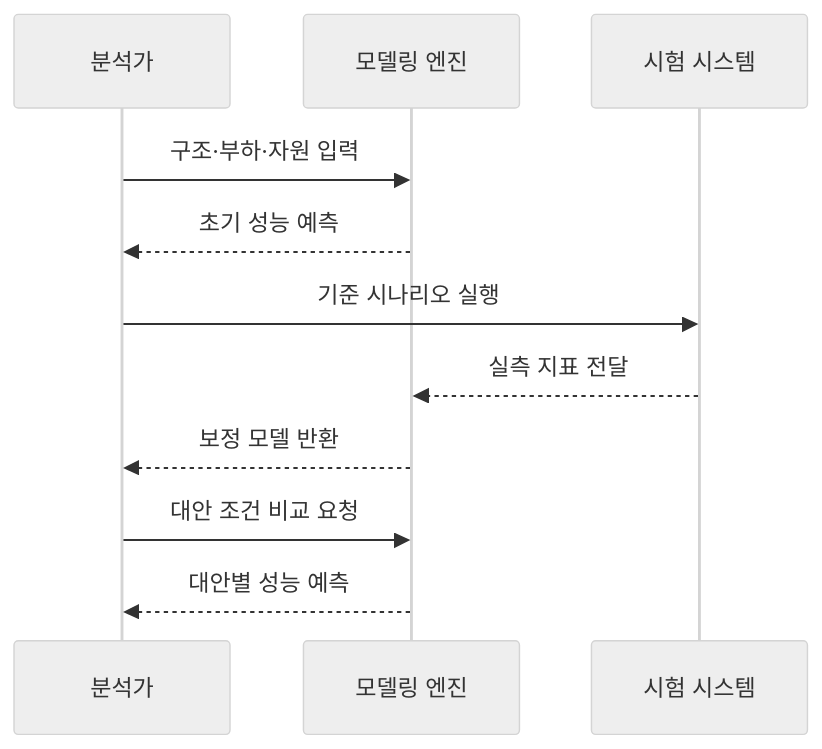
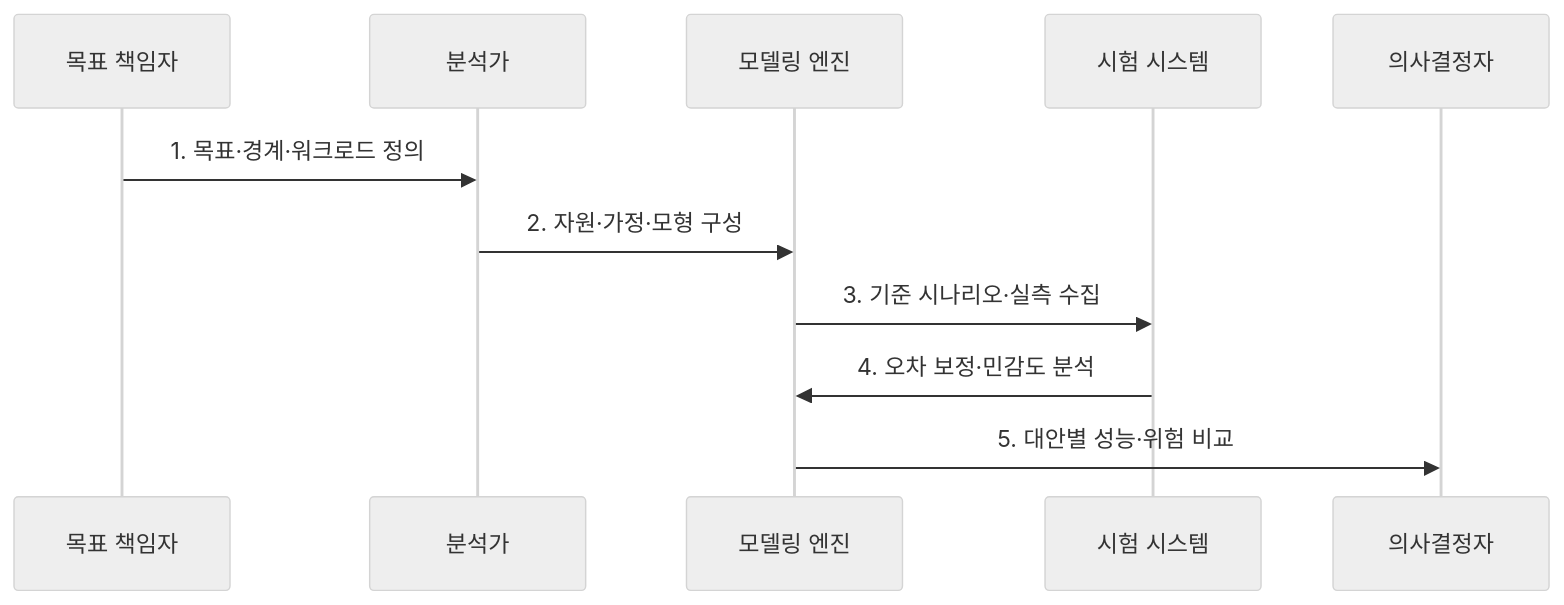
Before and after one commit to agnusdei1207/knowledge-base: the second of 2 diagrams in src/content/docs/notes/06-evaluation/011_performance_modeling.md, drawn with Mermaid (neutral theme). The commit also changed other lines of this file and 6 other files, not shown here.

````diff
--- a/src/content/docs/notes/06-evaluation/011_performance_modeling.md
+++ b/src/content/docs/notes/06-evaluation/011_performance_modeling.md
@@ -79,13 +76,13 @@
 ```mermaid
 sequenceDiagram
-    participant A as 분석가
-    participant M as 모델링 엔진
-    participant P as 시험 시스템
-    A->>M: 구조·부하·자원 입력
-    M-->>A: 초기 성능 예측
-    A->>P: 기준 시나리오 실행
-    P-->>M: 실측 지표 전달
-    M-->>A: 보정 모델 반환
-    A->>M: 대안 조건 비교 요청
-    M-->>A: 대안별 성능 예측
+  participant O as 목표 책임자
+  participant A as 분석가
+  participant M as 모델링 엔진
+  participant T as 시험 시스템
+  participant D as 의사결정자
+  O->>A: 1. 목표·경계·워크로드 정의
+  A->>M: 2. 자원·가정·모형 구성
+  M->>T: 3. 기준 시나리오·실측 수집
+  T->>M: 4. 오차 보정·민감도 분석
+  M->>D: 5. 대안별 성능·위험 비교
 ```
````
